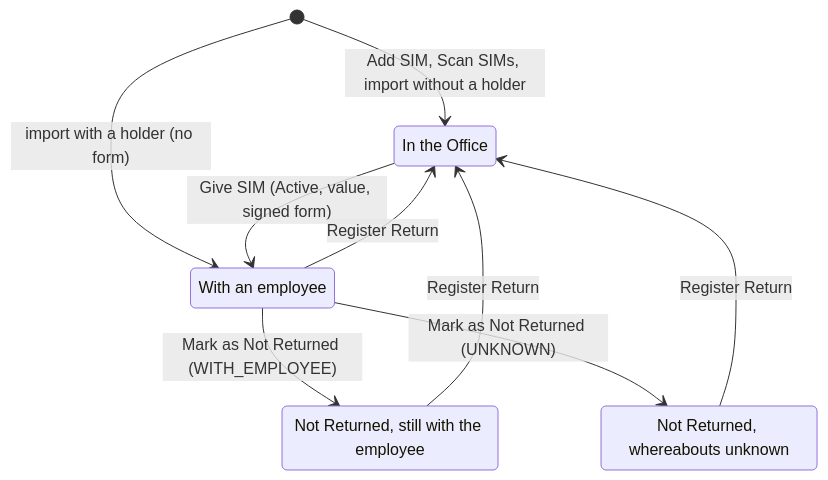
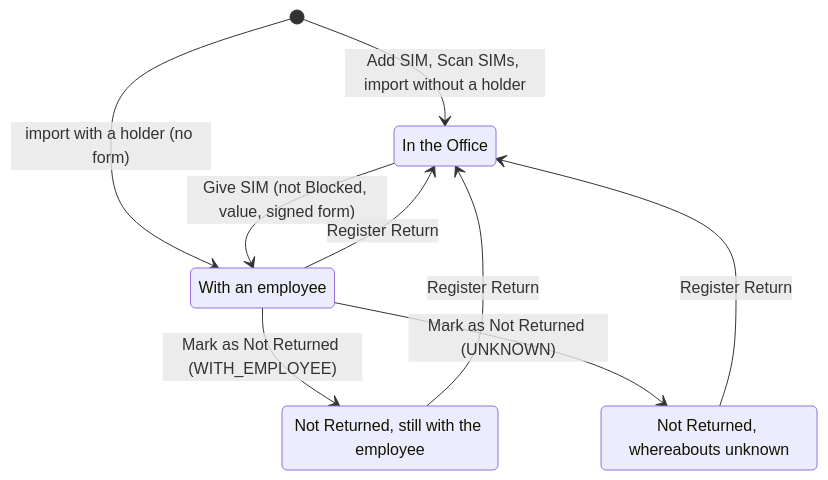
Before and after one commit to remisb/ppe-next2: the second of 5 diagrams in docs/architecture/sim-card-state-machine.md, drawn with Mermaid. The commit also changed other lines of this file and 15 other files, not shown here.

First line of the commit message:
Company Assets: give a Not Activated SIM; only a Blocked one is refused

````diff
--- a/docs/architecture/sim-card-state-machine.md
+++ b/docs/architecture/sim-card-state-machine.md
@@ -60,16 +61,16 @@
 ```mermaid
 stateDiagram-v2
   direction TB
   state "In the Office" as Office
   state "With an employee" as Held
   state "Not Returned, still with the employee" as NRWith
   state "Not Returned, whereabouts unknown" as NRUnknown
   [*] --> Office : Add SIM, Scan SIMs, import without a holder
   [*] --> Held : import with a holder (no form)
-  Office --> Held : Give SIM (Active, value, signed form)
+  Office --> Held : Give SIM (not Blocked, value, signed form)
   Held --> NRWith : Mark as Not Returned (WITH_EMPLOYEE)
   Held --> NRUnknown : Mark as Not Returned (UNKNOWN)
   Held --> Office : Register Return
   NRWith --> Office : Register Return
   NRUnknown --> Office : Register Return
 ```
````
